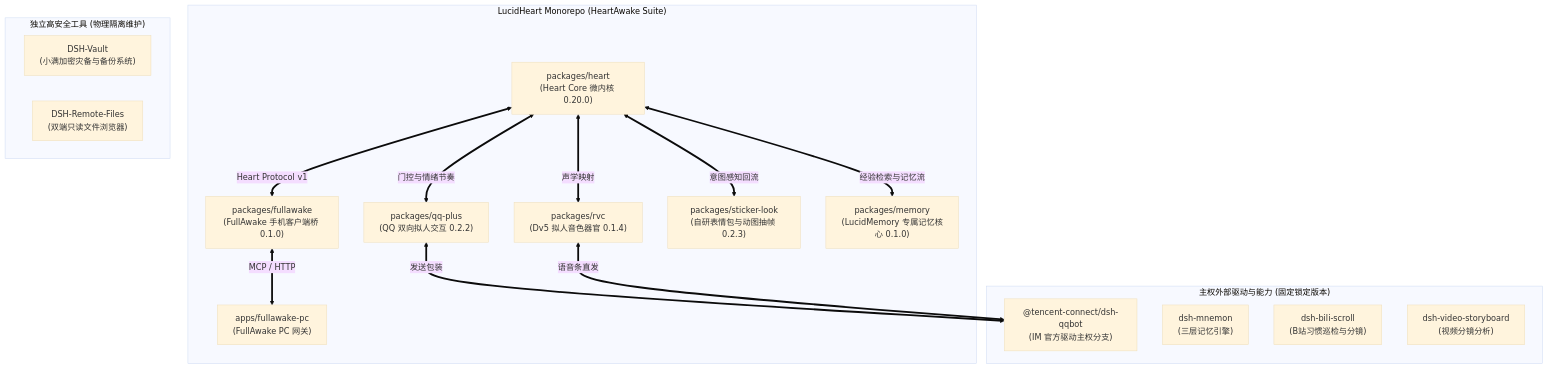
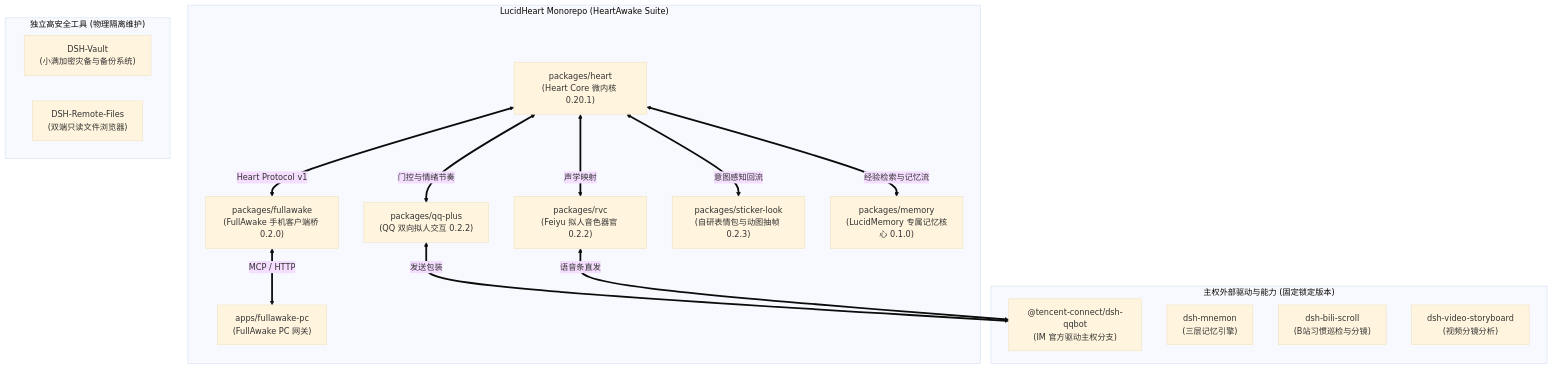
Before and after one commit to kirigayakazima/LucidHeart: the diagram in README.md, drawn with Mermaid (base theme). The commit also changed 36 other files, not shown here.

````diff
--- a/README.md
+++ b/README.md
@@ -13,33 +13,33 @@
 ```mermaid
 flowchart TB
     subgraph SUITE["LucidHeart Monorepo (HeartAwake Suite)"]
-        HEART["packages/heart<br/>(Heart Core 微内核 0.20.0)"]
-        FULLAWAKE["packages/fullawake<br/>(FullAwake 手机客户端桥 0.1.0)"]
+        HEART["packages/heart<br/>(Heart Core 微内核 0.20.1)"]
+        FULLAWAKE["packages/fullawake<br/>(FullAwake 手机客户端桥 0.2.0)"]
         PC_APP["apps/fullawake-pc<br/>(FullAwake PC 网关)"]
         QQ_PLUS["packages/qq-plus<br/>(QQ 双向拟人交互 0.2.2)"]
-        RVC["packages/rvc<br/>(Dv5 拟人音色器官 0.1.4)"]
+        RVC["packages/rvc<br/>(Feiyu 拟人音色器官 0.2.2)"]
         STICKER["packages/sticker-look<br/>(自研表情包与动图抽帧 0.2.3)"]
         MEMORY["packages/memory<br/>(LucidMemory 专属记忆核心 0.1.0)"]
     end
 
     subgraph FORKS["主权外部驱动与能力 (固定锁定版本)"]
         QQBOT["@tencent-connect/dsh-qqbot<br/>(IM 官方驱动主权分支)"]
         MNEMON["dsh-mnemon<br/>(三层记忆引擎)"]
         BILI["dsh-bili-scroll<br/>(B站习惯巡检与分镜)"]
         STORYBOARD["dsh-video-storyboard<br/>(视频分镜分析)"]
     end
 
     subgraph TOOLS["独立高安全工具 (物理隔离维护)"]
         VAULT["DSH-Vault<br/>(小满加密灾备与备份系统)"]
         REMOTE["DSH-Remote-Files<br/>(双端只读文件浏览器)"]
     end
 
     HEART <== Heart Protocol v1 ==> FULLAWAKE
     HEART <== 门控与情绪节奏 ==> QQ_PLUS
     HEART <== 声学映射 ==> RVC
     HEART <== 意图感知回流 ==> STICKER
     HEART <== 经验检索与记忆流 ==> MEMORY
     FULLAWAKE <== MCP / HTTP ==> PC_APP
     QQ_PLUS <== 发送包装 ==> QQBOT
     RVC <== 语音条直发 ==> QQBOT
 ```
````
